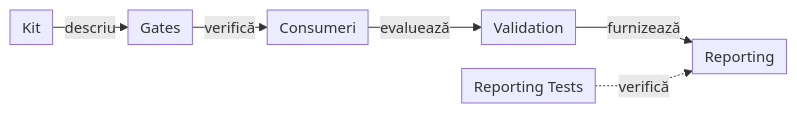
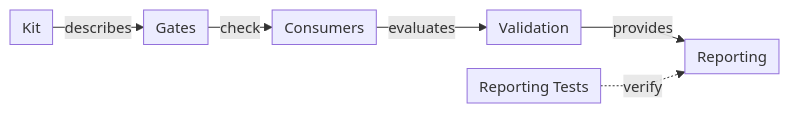
The fifth of 5 diagrams in docs/ATF_AI_Evaluation_Design.md (crististefanita/atf_j1), drawn with Mermaid before and after one commit. The commit also changed other lines of this file and 83 other files, not shown here.

````diff
--- a/docs/ATF_AI_Evaluation_Design.md
+++ b/docs/ATF_AI_Evaluation_Design.md
@@ -1505,9 +1493,9 @@
 ```mermaid
 %%{init: {"themeVariables":{"fontSize":"15px"},"themeCSS":".nodeLabel, .nodeLabel p { font-size: 15px !important; line-height: 1.35 !important; } .edgeLabel, .edgeLabel p { font-size: 12px !important; font-weight: 400 !important; line-height: 1.2 !important; } .edgeLabel .labelBkg, .edgeLabel p { background: transparent !important; } .edgeLabel foreignObject { transform: translateY(-18px); overflow: visible; } .node rect { rx: 6px; ry: 6px; }","flowchart":{"curve":"linear","nodeSpacing":24,"rankSpacing":24,"padding":6,"diagramPadding":20}}}%%
 flowchart LR
-    Kit["Kit"] -->|descriu| Gates["Gates"]
-    Gates -->|verifică| Consumer["Consumeri"]
-    Consumer -->|evaluează| Validation["Validation"]
-    Validation -->|furnizează| Report["Reporting"]
-    Proof["Reporting Tests"] -.->|verifică| Report
+    Kit["Kit"] -->|describes| Gates["Gates"]
+    Gates -->|check| Consumer["Consumers"]
+    Consumer -->|evaluates| Validation["Validation"]
+    Validation -->|provides| Report["Reporting"]
+    Proof["Reporting Tests"] -.->|verify| Report
 ```
````
